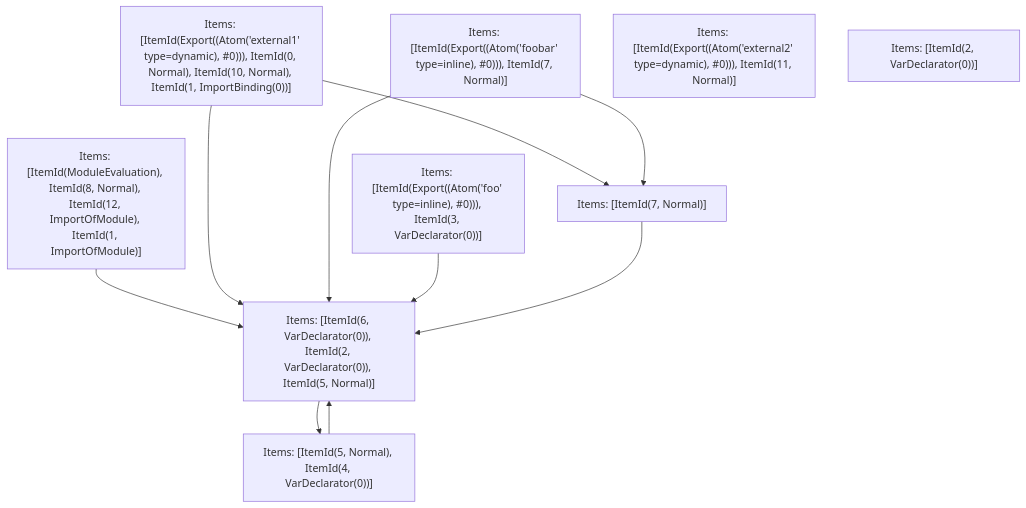
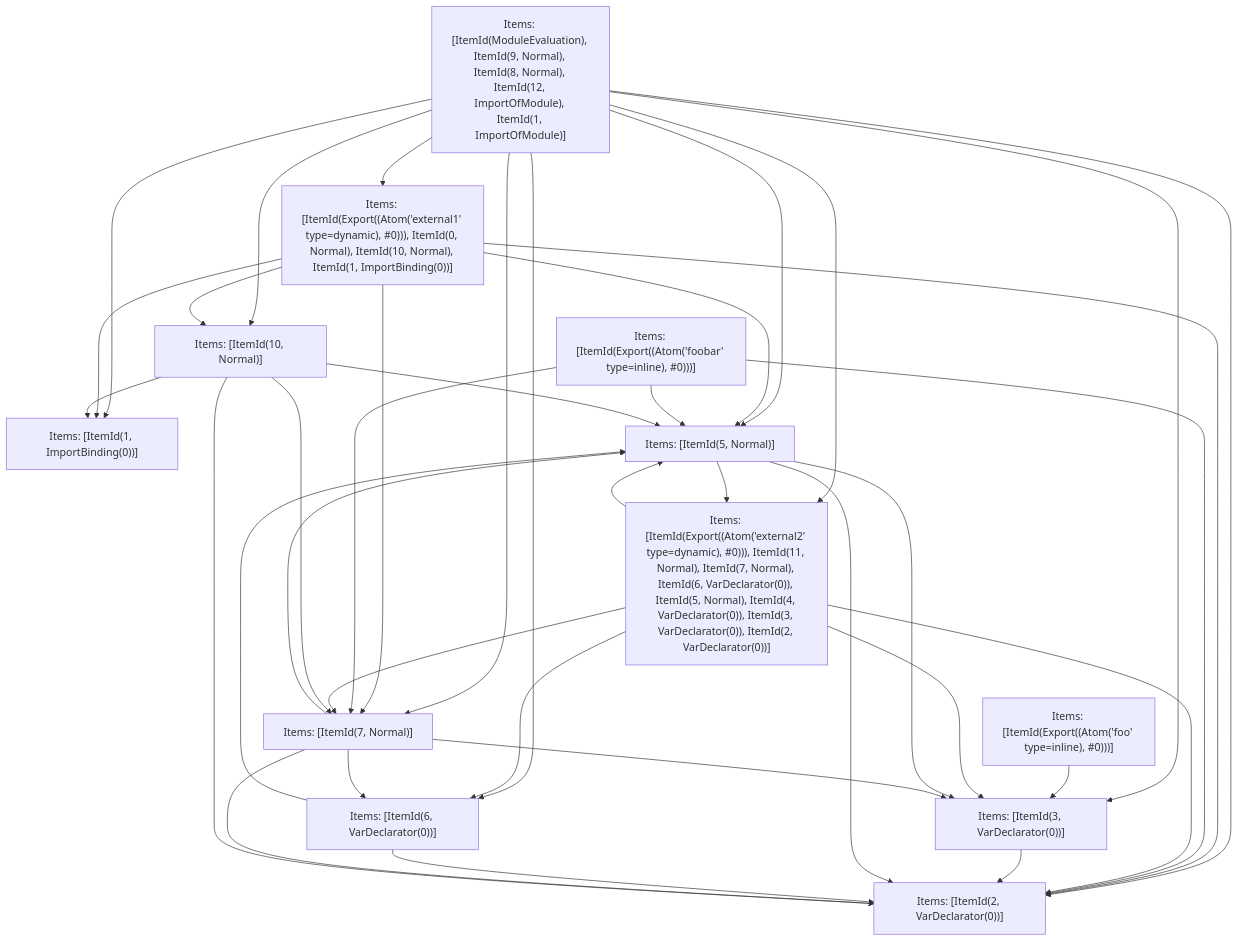
Before and after one commit to vercel/turborepo: the fifth of 5 diagrams in crates/turbopack-ecmascript/tests/tree-shaker/analyzer/2/output.md, drawn with Mermaid. The commit also changed 2 other files, not shown here.

Commit message:
Update test refs

````diff
--- a/crates/turbopack-ecmascript/tests/tree-shaker/analyzer/2/output.md
+++ b/crates/turbopack-ecmascript/tests/tree-shaker/analyzer/2/output.md
@@ -368,21 +368,52 @@
 ```mermaid
 graph TD
-    N0["Items: [ItemId(ModuleEvaluation), ItemId(8, Normal), ItemId(12, ImportOfModule), ItemId(1, ImportOfModule)]"];
+    N0["Items: [ItemId(ModuleEvaluation), ItemId(9, Normal), ItemId(8, Normal), ItemId(12, ImportOfModule), ItemId(1, ImportOfModule)]"];
     N1["Items: [ItemId(Export((Atom('external1' type=dynamic), #0))), ItemId(0, Normal), ItemId(10, Normal), ItemId(1, ImportBinding(0))]"];
-    N2["Items: [ItemId(Export((Atom('foobar' type=inline), #0))), ItemId(7, Normal)]"];
-    N3["Items: [ItemId(Export((Atom('foo' type=inline), #0))), ItemId(3, VarDeclarator(0))]"];
-    N4["Items: [ItemId(Export((Atom('external2' type=dynamic), #0))), ItemId(11, Normal)]"];
-    N5["Items: [ItemId(2, VarDeclarator(0))]"];
-    N6["Items: [ItemId(5, Normal), ItemId(4, VarDeclarator(0))]"];
-    N7["Items: [ItemId(6, VarDeclarator(0)), ItemId(2, VarDeclarator(0)), ItemId(5, Normal)]"];
-    N8["Items: [ItemId(7, Normal)]"];
+    N2["Items: [ItemId(Export((Atom('foobar' type=inline), #0)))]"];
+    N3["Items: [ItemId(Export((Atom('foo' type=inline), #0)))]"];
+    N4["Items: [ItemId(Export((Atom('external2' type=dynamic), #0))), ItemId(11, Normal), ItemId(7, Normal), ItemId(6, VarDeclarator(0)), ItemId(5, Normal), ItemId(4, VarDeclarator(0)), ItemId(3, VarDeclarator(0)), ItemId(2, VarDeclarator(0))]"];
+    N5["Items: [ItemId(1, ImportBinding(0))]"];
+    N6["Items: [ItemId(2, VarDeclarator(0))]"];
+    N7["Items: [ItemId(3, VarDeclarator(0))]"];
+    N8["Items: [ItemId(5, Normal)]"];
+    N9["Items: [ItemId(6, VarDeclarator(0))]"];
+    N10["Items: [ItemId(7, Normal)]"];
+    N11["Items: [ItemId(10, Normal)]"];
+    N0 --> N1;
+    N0 --> N5;
+    N0 --> N6;
+    N0 --> N8;
+    N0 --> N10;
     N0 --> N7;
-    N1 --> N7;
+    N0 --> N9;
+    N0 --> N4;
+    N0 --> N11;
+    N1 --> N11;
+    N1 --> N6;
     N1 --> N8;
-    N2 --> N7;
+    N1 --> N10;
+    N1 --> N5;
+    N2 --> N6;
     N2 --> N8;
+    N2 --> N10;
     N3 --> N7;
-    N6 --> N7;
+    N4 --> N7;
+    N4 --> N9;
+    N4 --> N10;
+    N4 --> N6;
+    N4 --> N8;
     N7 --> N6;
+    N8 --> N4;
+    N8 --> N6;
     N8 --> N7;
+    N9 --> N6;
+    N9 --> N8;
+    N10 --> N6;
+    N10 --> N8;
+    N10 --> N7;
+    N10 --> N9;
+    N11 --> N5;
+    N11 --> N6;
+    N11 --> N8;
+    N11 --> N10;
 ```
````
